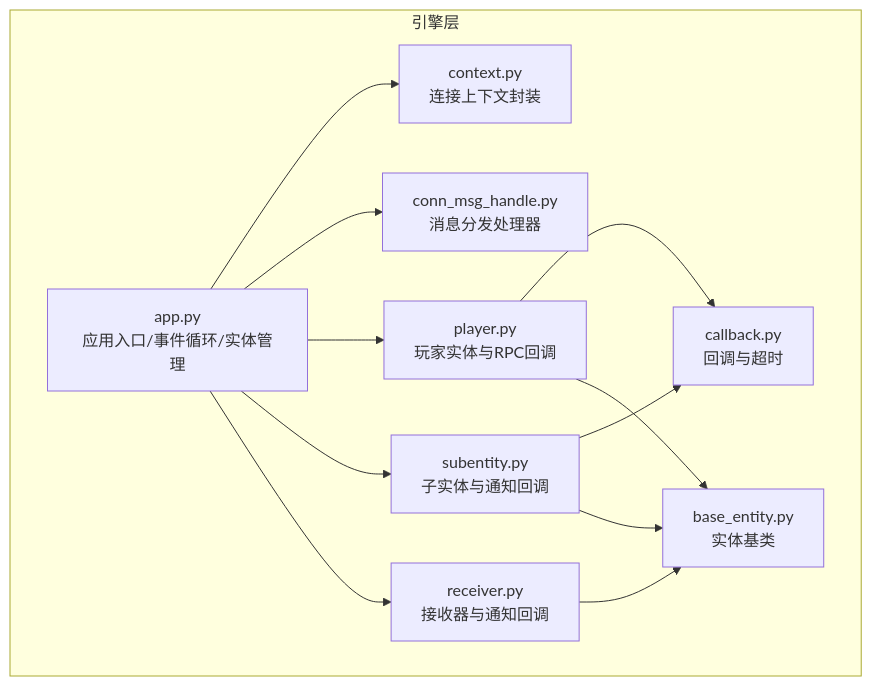
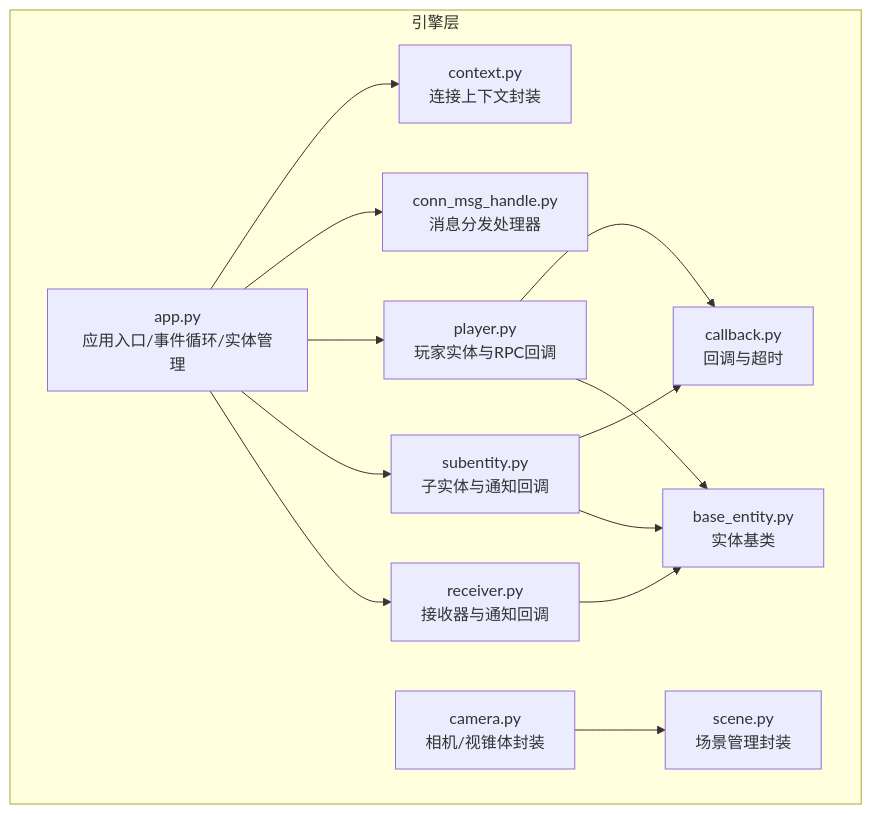
Before and after one commit to qianqians/geese: the first of 10 diagrams in .qoder/repowiki/zh/content/客户端 SDK/Python 客户端.md, drawn with Mermaid. The commit also changed other lines of this file and 8 other files, not shown here.

````diff
--- a/.qoder/repowiki/zh/content/客户端 SDK/Python 客户端.md
+++ b/.qoder/repowiki/zh/content/客户端 SDK/Python 客户端.md
@@ -52,23 +68,26 @@
 ```mermaid
 graph TB
 subgraph "引擎层"
 APP["app.py<br/>应用入口/事件循环/实体管理"]
 CTX["context.py<br/>连接上下文封装"]
 CMH["conn_msg_handle.py<br/>消息分发处理器"]
 PLR["player.py<br/>玩家实体与RPC回调"]
 SUB["subentity.py<br/>子实体与通知回调"]
 RCV["receiver.py<br/>接收器与通知回调"]
 CBK["callback.py<br/>回调与超时"]
 BASE["base_entity.py<br/>实体基类"]
+CAM["camera.py<br/>相机/视锥体封装"]
+SCN["scene.py<br/>场景管理封装"]
 end
 APP --> CTX
 APP --> CMH
 APP --> PLR
 APP --> SUB
 APP --> RCV
 PLR --> CBK
 SUB --> CBK
 RCV --> BASE
 PLR --> BASE
 SUB --> BASE
+CAM --> SCN
 ```
````
